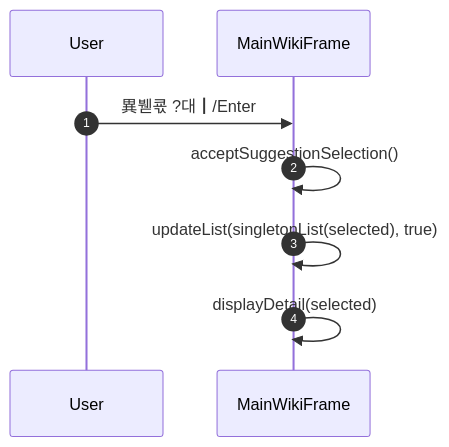
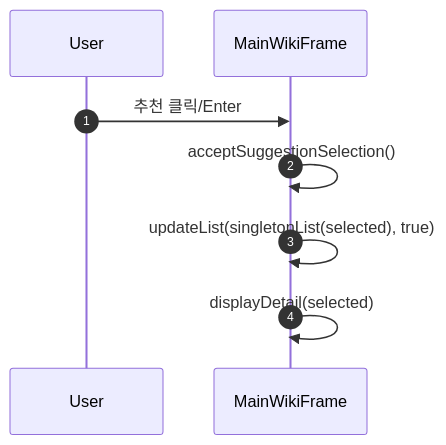
Before and after one commit to jegalhb/JAVA_WIKI_ONLINE: the second of 10 diagrams in src/Reproject/README.md, drawn with Mermaid. The commit also changed other lines of this file, not shown here.

````diff
--- a/src/Reproject/README.md
+++ b/src/Reproject/README.md
@@ -104,11 +104,11 @@
 ```mermaid
 sequenceDiagram
     autonumber
     participant U as User
     participant MW as MainWikiFrame
 
-    U->>MW: 異붿쿇 ?대┃/Enter
+    U->>MW: 추천 클릭/Enter
     MW->>MW: acceptSuggestionSelection()
     MW->>MW: updateList(singletonList(selected), true)
     MW->>MW: displayDetail(selected)
 ```
````
